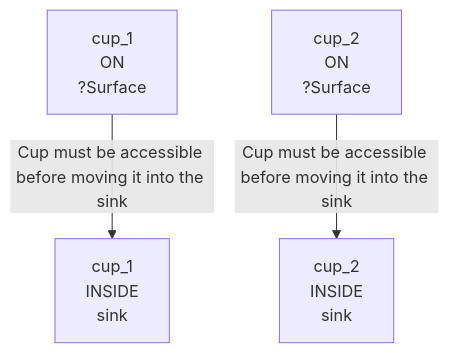
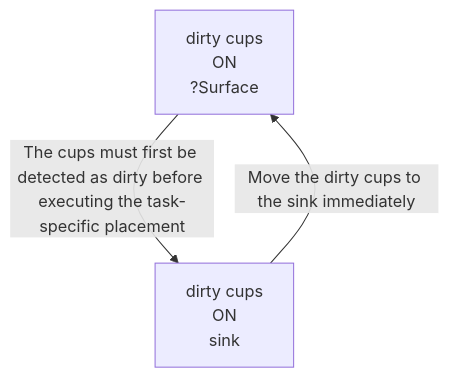
Before and after one commit to scuama/virtualhome: the fourth of 4 diagrams in evaluation/results/table1/robostate/dynamic/high/M1_03/run_T1_DYN_M1_03_high.md, drawn with Mermaid. The commit also changed other lines of this file and 133 other files, not shown here.

````diff
--- a/evaluation/results/table1/robostate/dynamic/high/M1_03/run_T1_DYN_M1_03_high.md
+++ b/evaluation/results/table1/robostate/dynamic/high/M1_03/run_T1_DYN_M1_03_high.md
@@ -171,9 +165,7 @@
 ```mermaid
 graph TD
-    N1["cup_1<br>ON<br>?Surface"]
-    N2["cup_1<br>INSIDE<br>sink"]
-    N3["cup_2<br>ON<br>?Surface"]
-    N4["cup_2<br>INSIDE<br>sink"]
-    N1 -->|"Cup must be accessible before moving it into the sink"| N2
-    N3 -->|"Cup must be accessible before moving it into the sink"| N4
+    N1["dirty cups<br>ON<br>?Surface"]
+    N2["dirty cups<br>ON<br>sink"]
+    N1 -->|"The cups must first be detected as dirty before executing the task-specific placement"| N2
+    N2 -->|"Move the dirty cups to the sink immediately"| N1
 ```
````
